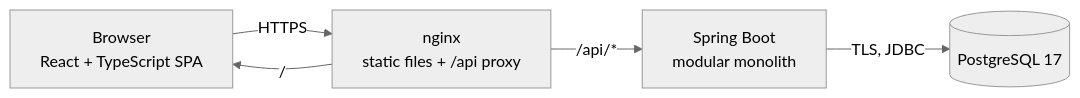
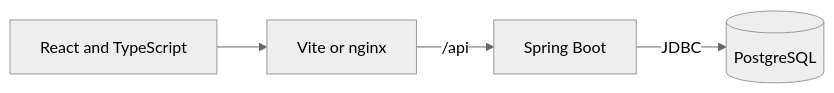
One commit to notusian/spendscope changed the first of 4 diagrams in docs/architecture.md. Above: the diagram before and after it, drawn with Mermaid (neutral theme). The commit also changed other lines of this file and 75 other files, not shown here.

````diff
--- a/docs/architecture.md
+++ b/docs/architecture.md
@@ -5,12 +8,6 @@
 ```mermaid
 flowchart LR
-    Browser["Browser<br/>React + TypeScript SPA"]
-    Nginx["nginx<br/>static files + /api proxy"]
-    API["Spring Boot<br/>modular monolith"]
-    DB[("PostgreSQL 17")]
-
-    Browser -- HTTPS --> Nginx
-    Nginx -- "/" --> Browser
-    Nginx -- "/api/*" --> API
-    API -- "TLS, JDBC" --> DB
+    Browser[React and TypeScript] --> Proxy[Vite or nginx]
+    Proxy -->|/api| API[Spring Boot]
+    API -->|JDBC| DB[(PostgreSQL)]
 ```
````
